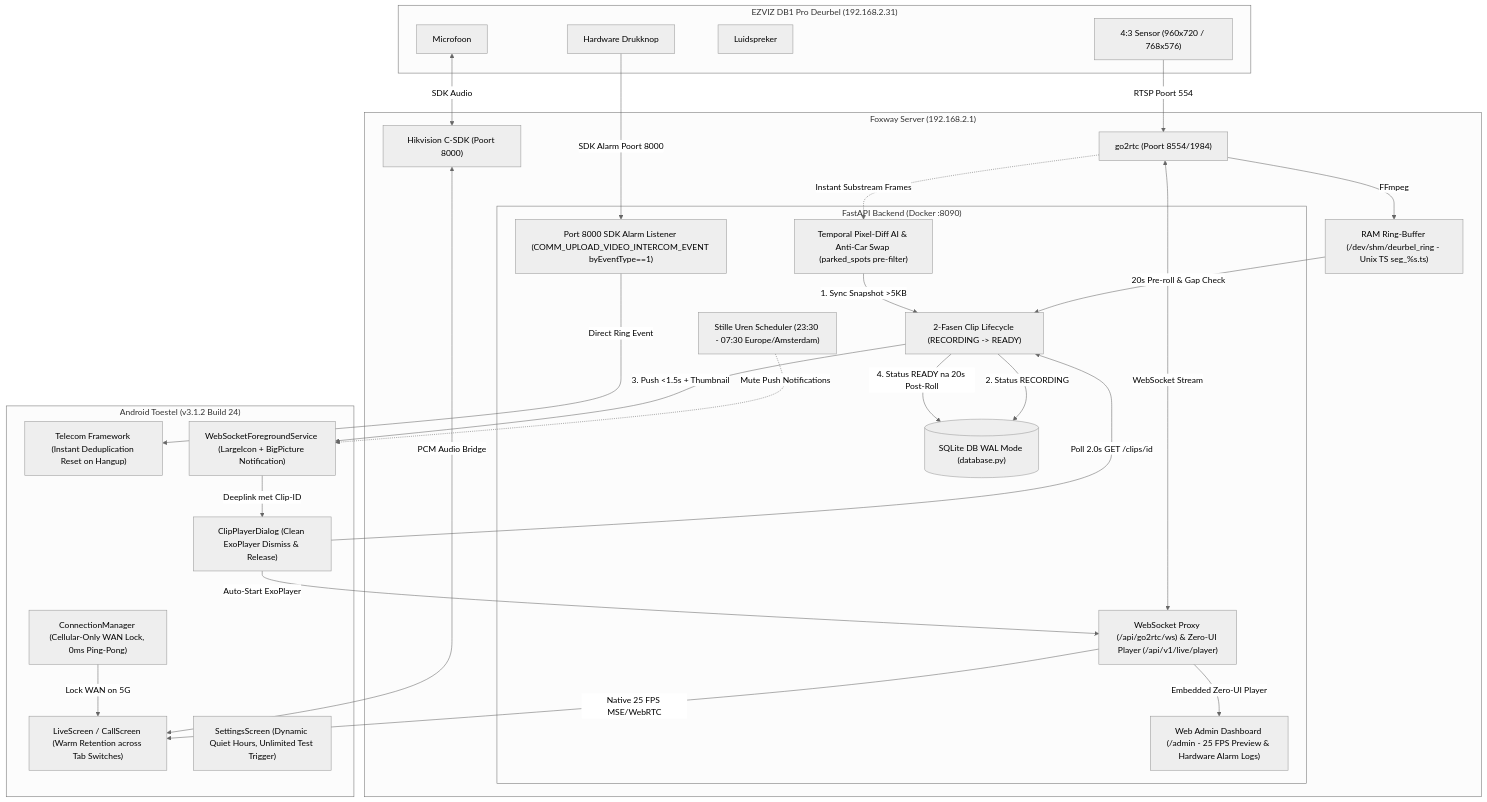
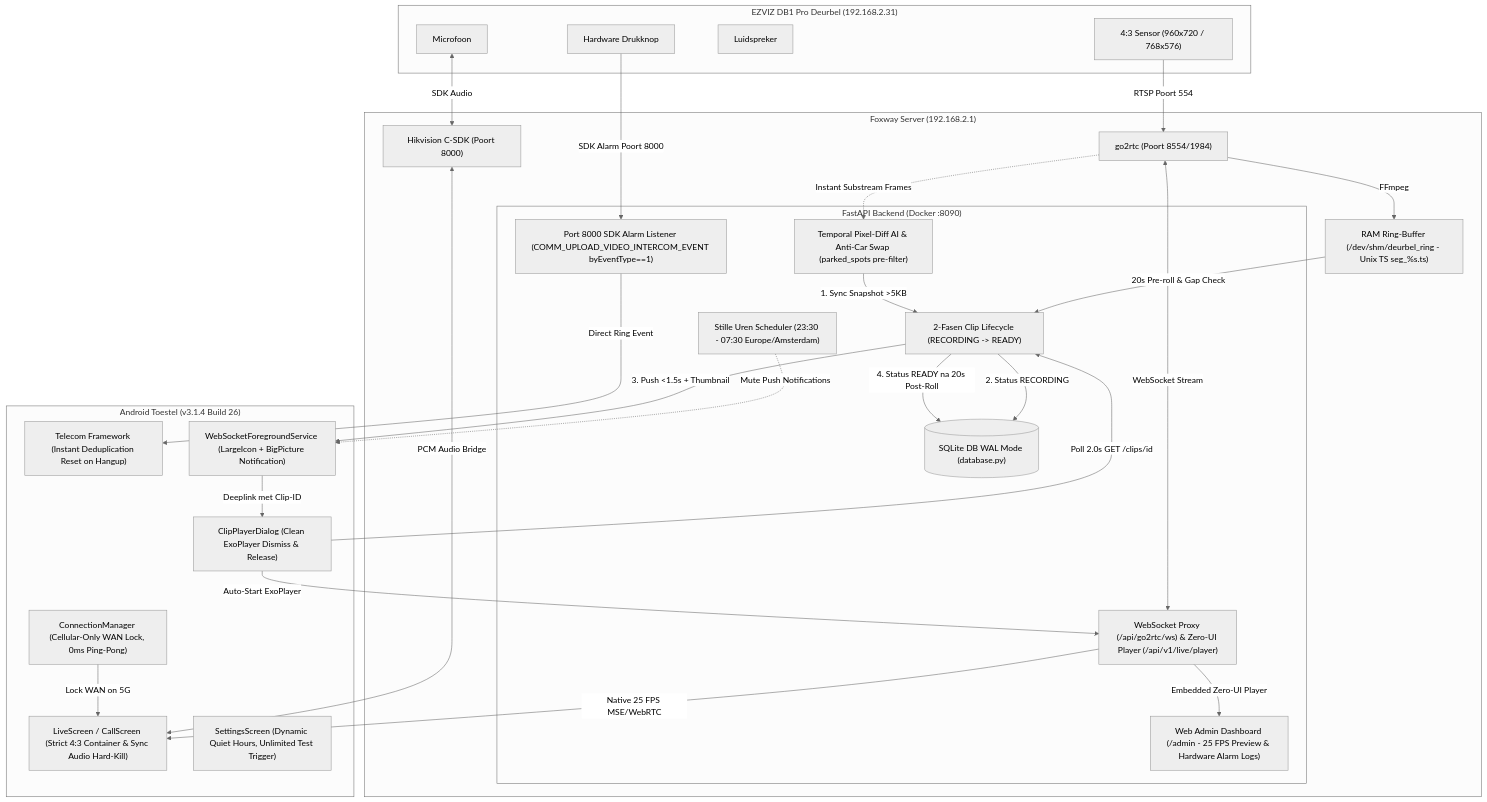
Before and after one commit to foxway-nl/deurbel: the diagram in docs/ARCHITECTURE.md, drawn with Mermaid (neutral theme). The commit also changed other lines of this file and 22 other files, not shown here.

Commit message:
feat(release): v3.1.4 - eradicate acoustic chime, synchronous audio hard-kill, fixed 4:3 container, build 26

````diff
--- a/docs/ARCHITECTURE.md
+++ b/docs/ARCHITECTURE.md
@@ -11,57 +11,57 @@
 ```mermaid
 flowchart TD
     subgraph Camera ["EZVIZ DB1 Pro Deurbel (192.168.2.31)"]
         CamSensor["4:3 Sensor (960x720 / 768x576)"]
         CamMic["Microfoon"]
         CamSpk["Luidspreker"]
         CamBtn["Hardware Drukknop"]
     end
 
     subgraph Server ["Foxway Server (192.168.2.1)"]
         RTSP["go2rtc (Poort 8554/1984)"]
         SDK["Hikvision C-SDK (Poort 8000)"]
         RingBuffer["RAM Ring-Buffer (/dev/shm/deurbel_ring - Unix TS seg_%s.ts)"]
         
         subgraph Backend ["FastAPI Backend (Docker :8090)"]
             SDKAlarm["Port 8000 SDK Alarm Listener (COMM_UPLOAD_VIDEO_INTERCOM_EVENT byEventType==1)"]
             WSProxy["WebSocket Proxy (/api/go2rtc/ws) & Zero-UI Player (/api/v1/live/player)"]
             TemporalAI["Temporal Pixel-Diff AI & Anti-Car Swap (parked_spots pre-filter)"]
             Lifecycle["2-Fasen Clip Lifecycle (RECORDING -> READY)"]
             QuietHours["Stille Uren Scheduler (23:30 - 07:30 Europe/Amsterdam)"]
             AdminUI["Web Admin Dashboard (/admin - 25 FPS Preview & Hardware Alarm Logs)"]
             SQLite[("SQLite DB WAL Mode (database.py)")]
         end
     end
 
-    subgraph Client ["Android Toestel (v3.1.2 Build 24)"]
+    subgraph Client ["Android Toestel (v3.1.4 Build 26)"]
         Telecom["Telecom Framework (Instant Deduplication Reset on Hangup)"]
-        LiveView["LiveScreen / CallScreen (Warm Retention across Tab Switches)"]
+        LiveView["LiveScreen / CallScreen (Strict 4:3 Container & Sync Audio Hard-Kill)"]
         ClipPlayer["ClipPlayerDialog (Clean ExoPlayer Dismiss & Release)"]
         ConnMgr["ConnectionManager (Cellular-Only WAN Lock, 0ms Ping-Pong)"]
         NotifService["WebSocketForegroundService (LargeIcon + BigPicture Notification)"]
         SettingsUI["SettingsScreen (Dynamic Quiet Hours, Unlimited Test Trigger)"]
     end
 
     CamSensor -->|RTSP Poort 554| RTSP
     CamBtn -->|SDK Alarm Poort 8000| SDKAlarm
     SDKAlarm -->|Direct Ring Event| Telecom
     RTSP -->|FFmpeg| RingBuffer
     RTSP <-->|WebSocket Stream| WSProxy
     WSProxy -->|Native 25 FPS MSE/WebRTC| LiveView
     WSProxy -->|Embedded Zero-UI Player| AdminUI
     RTSP -.->|Instant Substream Frames| TemporalAI
     
     CamMic <-->|SDK Audio| SDK
     SDK <-->|PCM Audio Bridge| LiveView
     
     RingBuffer -->|20s Pre-roll & Gap Check| Lifecycle
     TemporalAI -->|1. Sync Snapshot >5KB| Lifecycle
     QuietHours -.->|Mute Push Notifications| NotifService
     Lifecycle -->|2. Status RECORDING| SQLite
     Lifecycle -->|3. Push <1.5s + Thumbnail| NotifService
     NotifService -->|Deeplink met Clip-ID| ClipPlayer
     ClipPlayer -->|Poll 2.0s GET /clips/id| Lifecycle
     Lifecycle -->|4. Status READY na 20s Post-Roll| SQLite
     ClipPlayer -->|Auto-Start ExoPlayer| WSProxy
     ConnMgr -->|Lock WAN on 5G| LiveView
 ```
````
